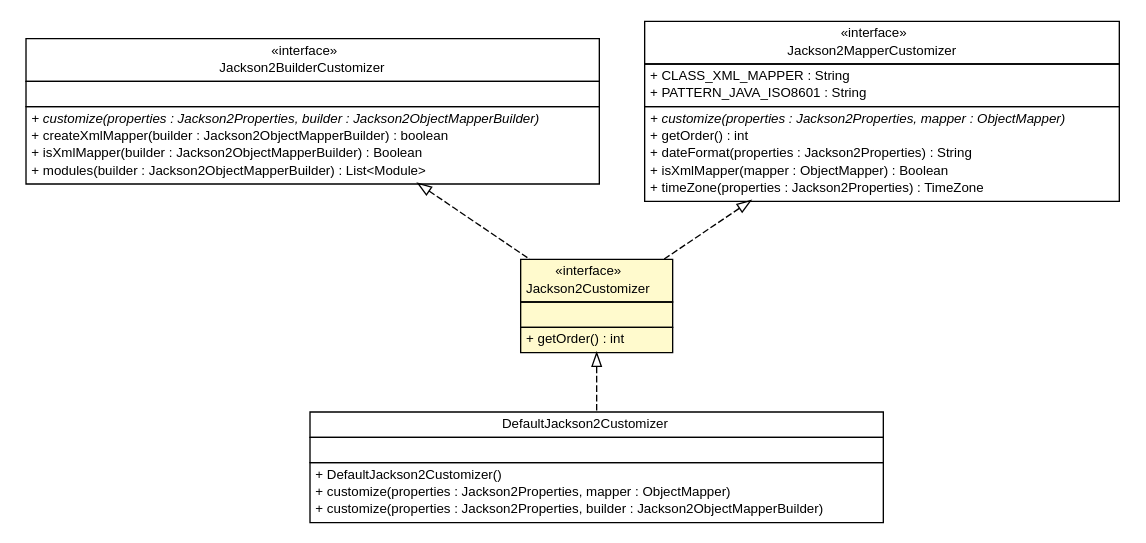
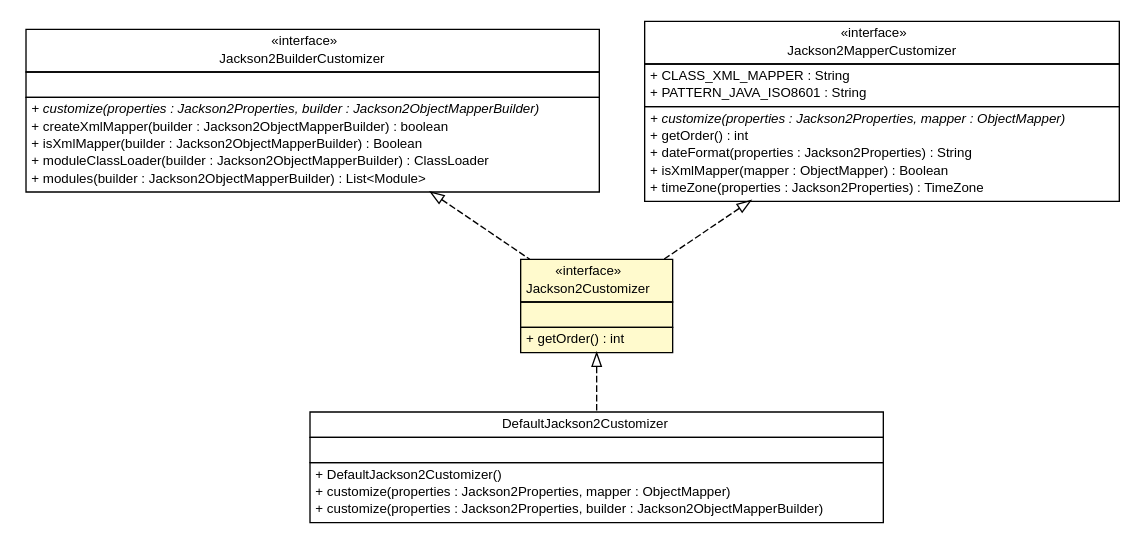
One commit to cloud-ready/cloud-ready changed the diagram in snapshot/build-docker/cloud-ready-parent/spring-boot-jackson2/spring-boot-jackson2-core/apidocs/top/infra/jackson2/Jackson2Customizer.dot. Above: the diagram before and after it, drawn with Graphviz. The commit also changed 220 other files, not shown here.

```diff
--- a/snapshot/build-docker/cloud-ready-parent/spring-boot-jackson2/spring-boot-jackson2-core/apidocs/top/infra/jackson2/Jackson2Customizer.dot
+++ b/snapshot/build-docker/cloud-ready-parent/spring-boot-jackson2/spring-boot-jackson2-core/apidocs/top/infra/jackson2/Jackson2Customizer.dot
@@ -1,79 +1,80 @@
 #!/usr/local/bin/dot
 #
 # Class diagram 
 # Generated by UMLGraph version R5_6-24-gf6e263 (http://www.umlgraph.org/)
 #
 
 digraph G {
 	edge [fontname="Helvetica",fontsize=10,labelfontname="Helvetica",labelfontsize=10];
 	node [fontname="Helvetica",fontsize=10,shape=plaintext];
 	nodesep=0.25;
 	ranksep=0.5;
 	// top.infra.jackson2.Jackson2BuilderCustomizer
-	c128 [label=<<table title="top.infra.jackson2.Jackson2BuilderCustomizer" border="0" cellborder="1" cellspacing="0" cellpadding="2" port="p" href="./Jackson2BuilderCustomizer.html">
+	c327 [label=<<table title="top.infra.jackson2.Jackson2BuilderCustomizer" border="0" cellborder="1" cellspacing="0" cellpadding="2" port="p" href="./Jackson2BuilderCustomizer.html">
 		<tr><td><table border="0" cellspacing="0" cellpadding="1">
 <tr><td align="center" balign="center"> &#171;interface&#187; </td></tr>
 <tr><td align="center" balign="center"> Jackson2BuilderCustomizer </td></tr>
 		</table></td></tr>
 		<tr><td><table border="0" cellspacing="0" cellpadding="1">
 <tr><td align="left" balign="left">  </td></tr>
 		</table></td></tr>
 		<tr><td><table border="0" cellspacing="0" cellpadding="1">
 <tr><td align="left" balign="left"><font face="Helvetica-Oblique" point-size="10.0"> + customize(properties : Jackson2Properties, builder : Jackson2ObjectMapperBuilder) </font></td></tr>
 <tr><td align="left" balign="left"> + createXmlMapper(builder : Jackson2ObjectMapperBuilder) : boolean </td></tr>
 <tr><td align="left" balign="left"> + isXmlMapper(builder : Jackson2ObjectMapperBuilder) : Boolean </td></tr>
+<tr><td align="left" balign="left"> + moduleClassLoader(builder : Jackson2ObjectMapperBuilder) : ClassLoader </td></tr>
 <tr><td align="left" balign="left"> + modules(builder : Jackson2ObjectMapperBuilder) : List&lt;Module&gt; </td></tr>
 		</table></td></tr>
 		</table>>, URL="./Jackson2BuilderCustomizer.html", fontname="Helvetica", fontcolor="black", fontsize=10.0];
 	// top.infra.jackson2.DefaultJackson2Customizer
-	c131 [label=<<table title="top.infra.jackson2.DefaultJackson2Customizer" border="0" cellborder="1" cellspacing="0" cellpadding="2" port="p" href="./DefaultJackson2Customizer.html">
+	c330 [label=<<table title="top.infra.jackson2.DefaultJackson2Customizer" border="0" cellborder="1" cellspacing="0" cellpadding="2" port="p" href="./DefaultJackson2Customizer.html">
 		<tr><td><table border="0" cellspacing="0" cellpadding="1">
 <tr><td align="center" balign="center"> DefaultJackson2Customizer </td></tr>
 		</table></td></tr>
 		<tr><td><table border="0" cellspacing="0" cellpadding="1">
 <tr><td align="left" balign="left">  </td></tr>
 		</table></td></tr>
 		<tr><td><table border="0" cellspacing="0" cellpadding="1">
 <tr><td align="left" balign="left"> + DefaultJackson2Customizer() </td></tr>
 <tr><td align="left" balign="left"> + customize(properties : Jackson2Properties, mapper : ObjectMapper) </td></tr>
 <tr><td align="left" balign="left"> + customize(properties : Jackson2Properties, builder : Jackson2ObjectMapperBuilder) </td></tr>
 		</table></td></tr>
 		</table>>, URL="./DefaultJackson2Customizer.html", fontname="Helvetica", fontcolor="black", fontsize=10.0];
 	// top.infra.jackson2.Jackson2Customizer
-	c133 [label=<<table title="top.infra.jackson2.Jackson2Customizer" border="0" cellborder="1" cellspacing="0" cellpadding="2" port="p" bgcolor="lemonChiffon" href="./Jackson2Customizer.html">
+	c332 [label=<<table title="top.infra.jackson2.Jackson2Customizer" border="0" cellborder="1" cellspacing="0" cellpadding="2" port="p" bgcolor="lemonChiffon" href="./Jackson2Customizer.html">
 		<tr><td><table border="0" cellspacing="0" cellpadding="1">
 <tr><td align="center" balign="center"> &#171;interface&#187; </td></tr>
 <tr><td align="center" balign="center"> Jackson2Customizer </td></tr>
 		</table></td></tr>
 		<tr><td><table border="0" cellspacing="0" cellpadding="1">
 <tr><td align="left" balign="left">  </td></tr>
 		</table></td></tr>
 		<tr><td><table border="0" cellspacing="0" cellpadding="1">
 <tr><td align="left" balign="left"> + getOrder() : int </td></tr>
 		</table></td></tr>
 		</table>>, URL="./Jackson2Customizer.html", fontname="Helvetica", fontcolor="black", fontsize=10.0];
 	// top.infra.jackson2.Jackson2MapperCustomizer
-	c134 [label=<<table title="top.infra.jackson2.Jackson2MapperCustomizer" border="0" cellborder="1" cellspacing="0" cellpadding="2" port="p" href="./Jackson2MapperCustomizer.html">
+	c335 [label=<<table title="top.infra.jackson2.Jackson2MapperCustomizer" border="0" cellborder="1" cellspacing="0" cellpadding="2" port="p" href="./Jackson2MapperCustomizer.html">
 		<tr><td><table border="0" cellspacing="0" cellpadding="1">
 <tr><td align="center" balign="center"> &#171;interface&#187; </td></tr>
 <tr><td align="center" balign="center"> Jackson2MapperCustomizer </td></tr>
 		</table></td></tr>
 		<tr><td><table border="0" cellspacing="0" cellpadding="1">
 <tr><td align="left" balign="left"> + CLASS_XML_MAPPER : String </td></tr>
 <tr><td align="left" balign="left"> + PATTERN_JAVA_ISO8601 : String </td></tr>
 		</table></td></tr>
 		<tr><td><table border="0" cellspacing="0" cellpadding="1">
 <tr><td align="left" balign="left"><font face="Helvetica-Oblique" point-size="10.0"> + customize(properties : Jackson2Properties, mapper : ObjectMapper) </font></td></tr>
 <tr><td align="left" balign="left"> + getOrder() : int </td></tr>
 <tr><td align="left" balign="left"> + dateFormat(properties : Jackson2Properties) : String </td></tr>
 <tr><td align="left" balign="left"> + isXmlMapper(mapper : ObjectMapper) : Boolean </td></tr>
 <tr><td align="left" balign="left"> + timeZone(properties : Jackson2Properties) : TimeZone </td></tr>
 		</table></td></tr>
 		</table>>, URL="./Jackson2MapperCustomizer.html", fontname="Helvetica", fontcolor="black", fontsize=10.0];
 	//top.infra.jackson2.DefaultJackson2Customizer implements top.infra.jackson2.Jackson2Customizer
-	c133:p -> c131:p [dir=back,arrowtail=empty,style=dashed];
+	c332:p -> c330:p [dir=back,arrowtail=empty,style=dashed];
 	//top.infra.jackson2.Jackson2Customizer implements top.infra.jackson2.Jackson2MapperCustomizer
-	c134:p -> c133:p [dir=back,arrowtail=empty,style=dashed];
+	c335:p -> c332:p [dir=back,arrowtail=empty,style=dashed];
 	//top.infra.jackson2.Jackson2Customizer implements top.infra.jackson2.Jackson2BuilderCustomizer
-	c128:p -> c133:p [dir=back,arrowtail=empty,style=dashed];
+	c327:p -> c332:p [dir=back,arrowtail=empty,style=dashed];
 }
```
